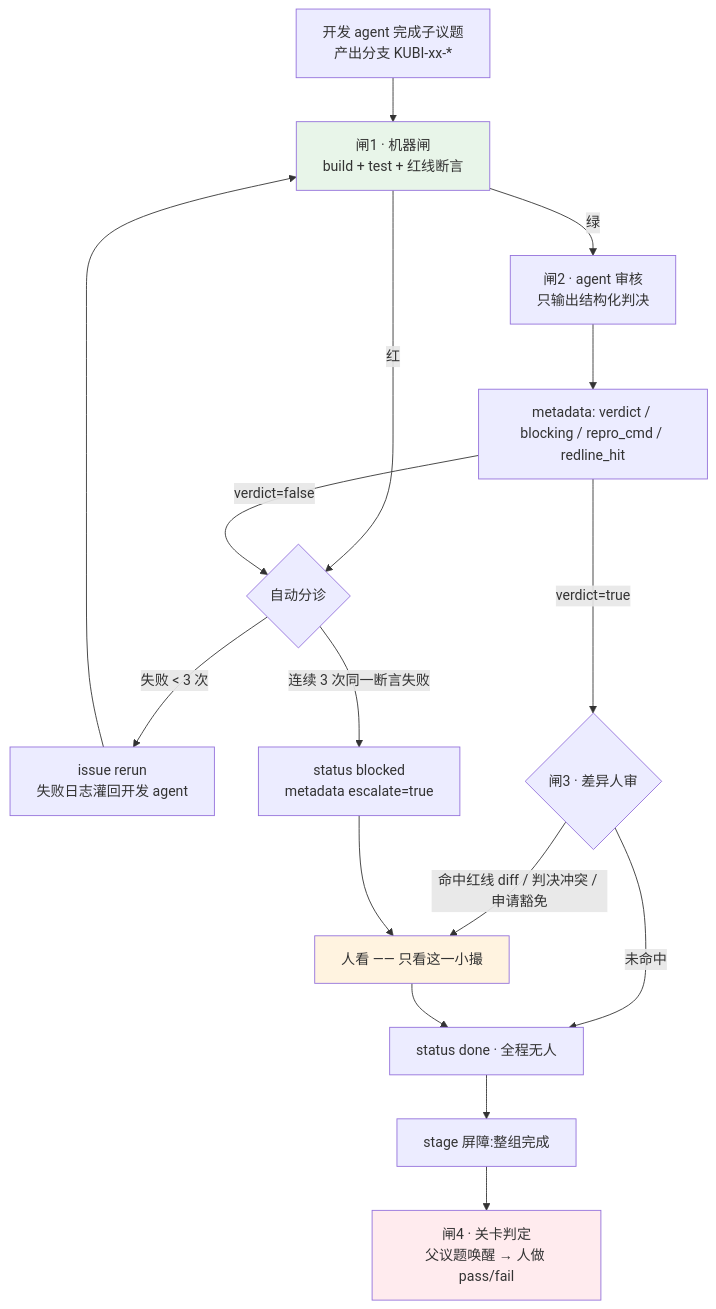
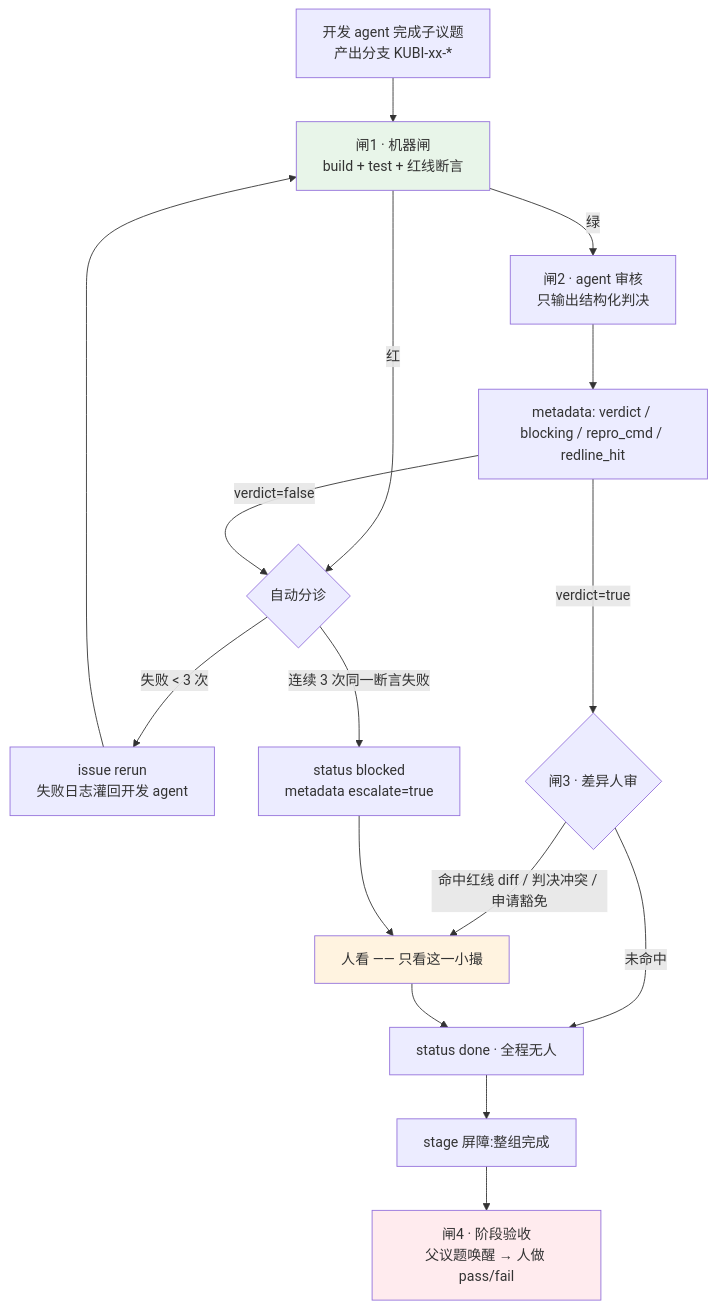
One commit to chenyuanjin/kubic changed the first of 2 diagrams in docs/ops/INDEX.md. Above: the diagram before and after it, drawn with Mermaid. The commit also changed other lines of this file and 249 other files, not shown here.

````diff
--- a/docs/ops/INDEX.md
+++ b/docs/ops/INDEX.md
@@ -128,22 +128,22 @@
 ```mermaid
 flowchart TD
     A[开发 agent 完成子议题<br/>产出分支 KUBI-xx-*] --> B[闸1 · 机器闸<br/>build + test + 红线断言]
     B -->|红| C{自动分诊}
     C -->|失败 &lt; 3 次| D[issue rerun<br/>失败日志灌回开发 agent]
     D --> B
     C -->|连续 3 次同一断言失败| E[status blocked<br/>metadata escalate=true]
     B -->|绿| F[闸2 · agent 审核<br/>只输出结构化判决]
     F --> G[metadata: verdict / blocking / repro_cmd / redline_hit]
     G -->|verdict=false| C
     G -->|verdict=true| H{闸3 · 差异人审}
     H -->|命中红线 diff / 判决冲突 / 申请豁免| I[人看 —— 只看这一小撮]
     H -->|未命中| J[status done · 全程无人]
     I --> J
     J --> K[stage 屏障:整组完成]
-    K --> L[闸4 · 关卡判定<br/>父议题唤醒 → 人做 pass/fail]
+    K --> L[闸4 · 阶段验收<br/>父议题唤醒 → 人做 pass/fail]
     E --> I
 
     style B fill:#e8f5e9
     style L fill:#ffebee
     style I fill:#fff3e0
 ```
````
